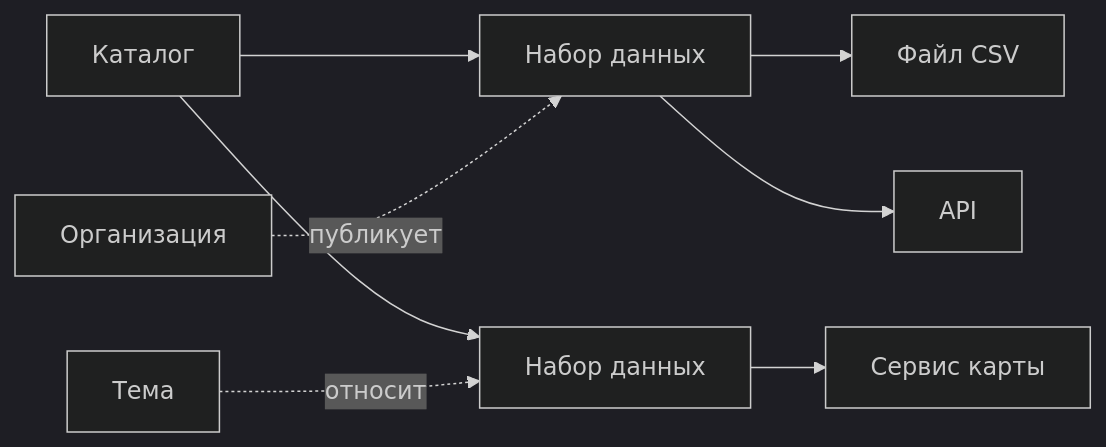
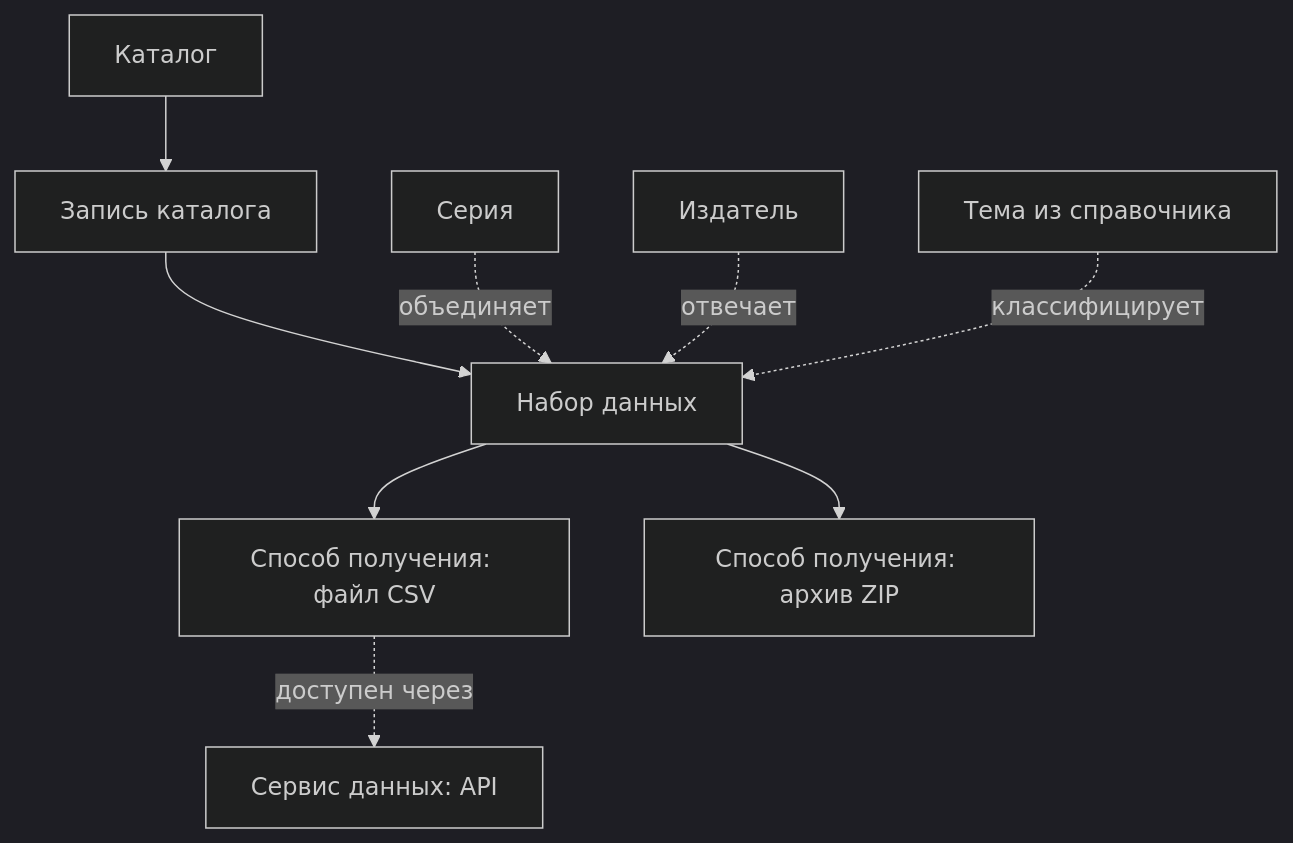
Before and after one commit to ivbeg/data-catalogs-book: the diagram in docs/01-basics/03-anatomy.md, drawn with Mermaid (dark theme). The commit also changed other lines of this file and 64 other files, not shown here.

````diff
--- a/docs/01-basics/03-anatomy.md
+++ b/docs/01-basics/03-anatomy.md
@@ -10,10 +14,11 @@
 ```mermaid
-flowchart LR
-  C[Каталог] --> D1[Набор данных]
-  C --> D2[Набор данных]
-  D1 --> R1[Файл CSV]
-  D1 --> R2[API]
-  D2 --> R3[Сервис карты]
-  O[Организация] -.публикует.-> D1
-  T[Тема] -.относит.-> D2
+flowchart TB
+  K["Каталог"] --> Z["Запись каталога"]
+  Z --> D["Набор данных"]
+  S["Серия"] -.объединяет.-> D
+  O["Издатель"] -.отвечает.-> D
+  T["Тема из справочника"] -.классифицирует.-> D
+  D --> R1["Способ получения: файл CSV"]
+  D --> R2["Способ получения: архив ZIP"]
+  R1 -.доступен через.-> API["Сервис данных: API"]
 ```
````
